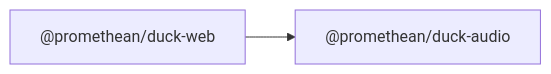
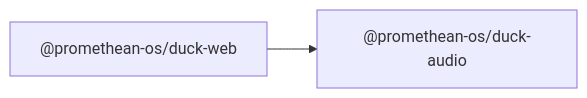
One commit to octave-commons/promethean changed the diagram in docs/packages/duck-web/README.md. Above: the diagram before and after it, drawn with Mermaid. The commit also changed other lines of this file and 1753 other files, not shown here.

````diff
--- a/docs/packages/duck-web/README.md
+++ b/docs/packages/duck-web/README.md
@@ -14,7 +14,7 @@
 ```mermaid
 graph LR
-  A["@promethean/duck-web"]
-  D1["@promethean/duck-audio"]
-  A --> D1["@promethean/duck-audio"]
-  click D1 "../duck-audio/README.md" "@promethean/duck-audio"
+  A["@promethean-os/duck-web"]
+  D1["@promethean-os/duck-audio"]
+  A --> D1["@promethean-os/duck-audio"]
+  click D1 "../duck-audio/README.md" "@promethean-os/duck-audio"
 ```
````
